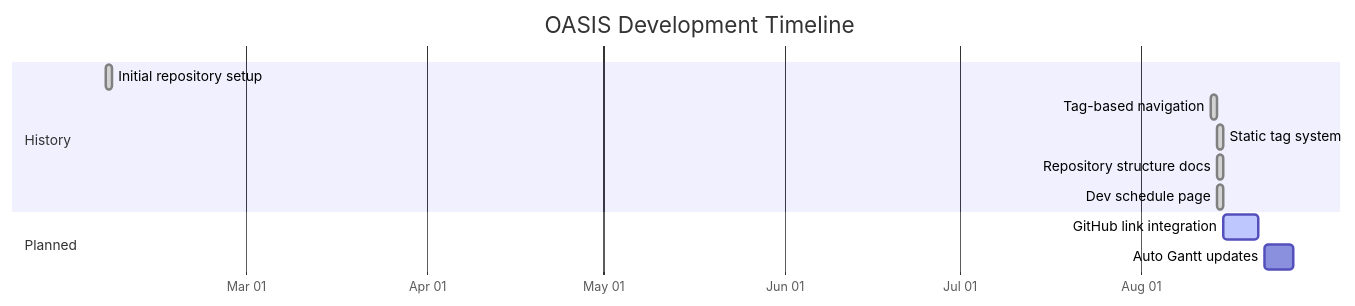
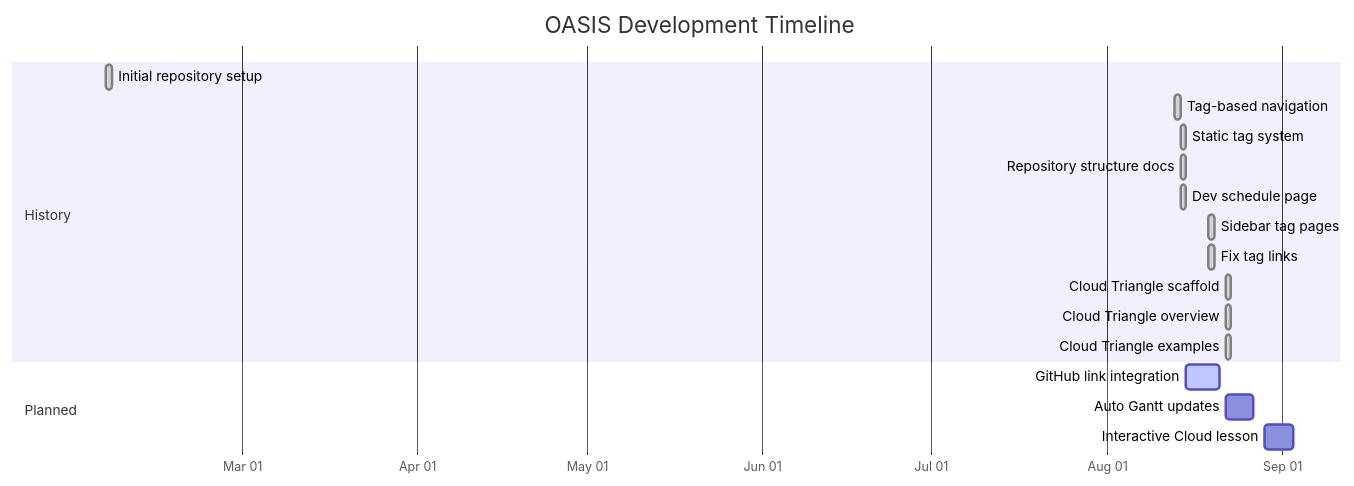
Before and after one commit to CU-ESIIL/home: the diagram in docs/dev-schedule.md, drawn with Mermaid. The commit also changed other lines of this file, not shown here.

````diff
--- a/docs/dev-schedule.md
+++ b/docs/dev-schedule.md
@@ -39,15 +51,21 @@
 ```mermaid
 gantt
     title OASIS Development Timeline
     dateFormat  YYYY-MM-DD
     axisFormat  %b %d
     section History
     Initial repository setup  :done, hist1, 2025-02-05, 1d
     Tag-based navigation      :done, hist2, 2025-08-13, 1d
     Static tag system         :done, hist3, 2025-08-14, 1d
     Repository structure docs :done, hist4, 2025-08-14, 1d
     Dev schedule page         :done, hist5, 2025-08-14, 1d
+    Sidebar tag pages         :done, hist6, 2025-08-19, 1d
+    Fix tag links             :done, hist7, 2025-08-19, 1d
+    Cloud Triangle scaffold   :done, hist8, 2025-08-22, 1d
+    Cloud Triangle overview   :done, hist9, 2025-08-22, 1d
+    Cloud Triangle examples   :done, hist10, 2025-08-22, 1d
     section Planned
     GitHub link integration   :active, plan1, 2025-08-15, 6d
     Auto Gantt updates        :       plan2, 2025-08-22, 5d
+    Interactive Cloud lesson  :       plan3, 2025-08-29, 5d
 ```
````
